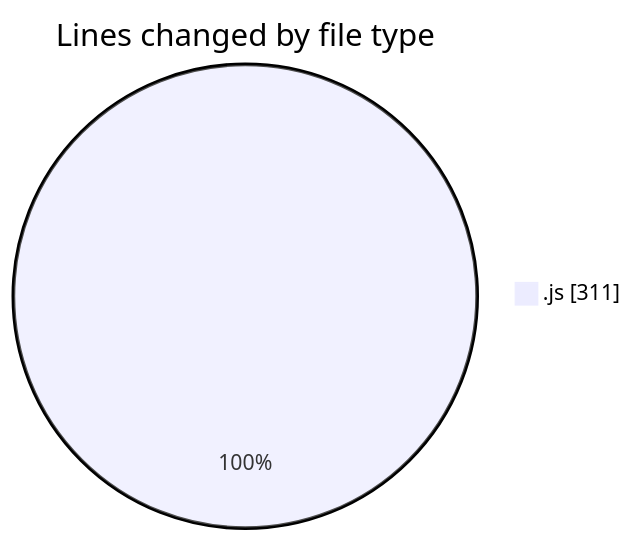
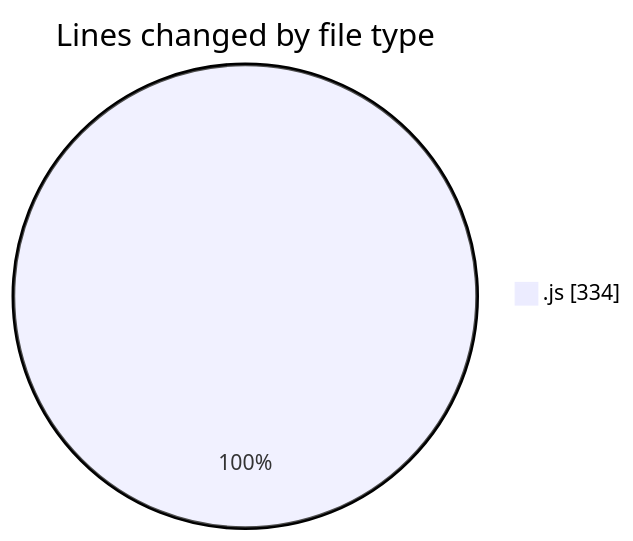
One commit to nxtqubesakshisongat/code-tracking changed the first of 2 diagrams in 2025-04-08/nxtqube_webapp/README.md. Above: the diagram before and after it, drawn with Mermaid. The commit also changed other lines of this file and 1 other file, not shown here.

````diff
--- a/2025-04-08/nxtqube_webapp/README.md
+++ b/2025-04-08/nxtqube_webapp/README.md
@@ -20,5 +20,5 @@
 ```mermaid
 pie showData
 title Lines changed by file type
-".js" : 311
+".js" : 334
 ```
````
